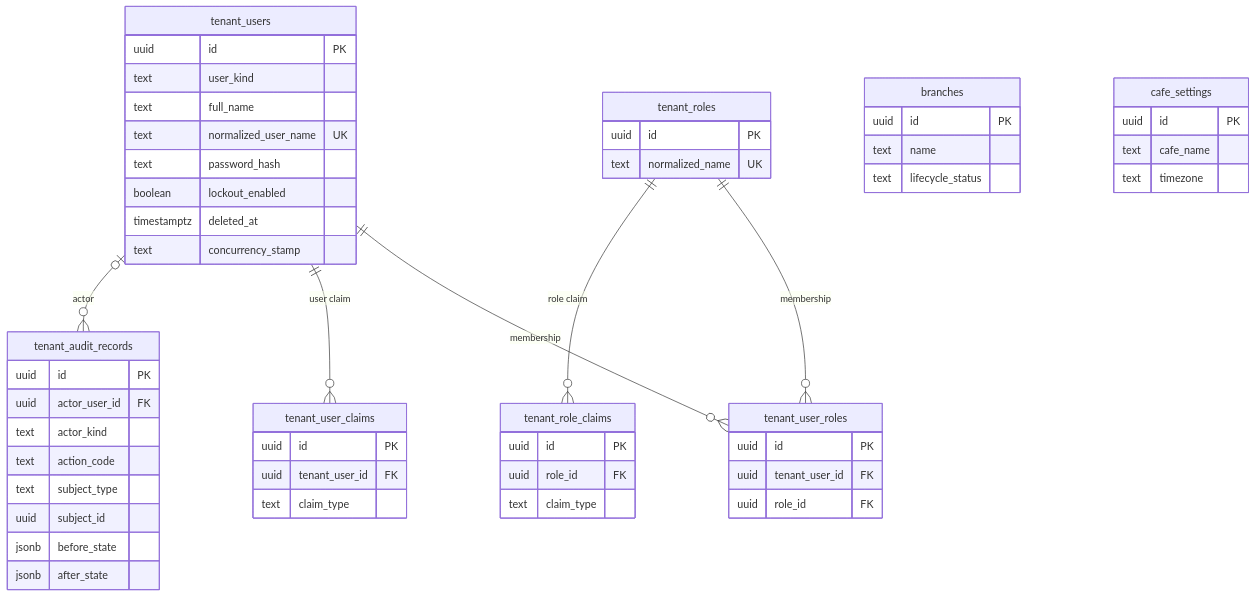
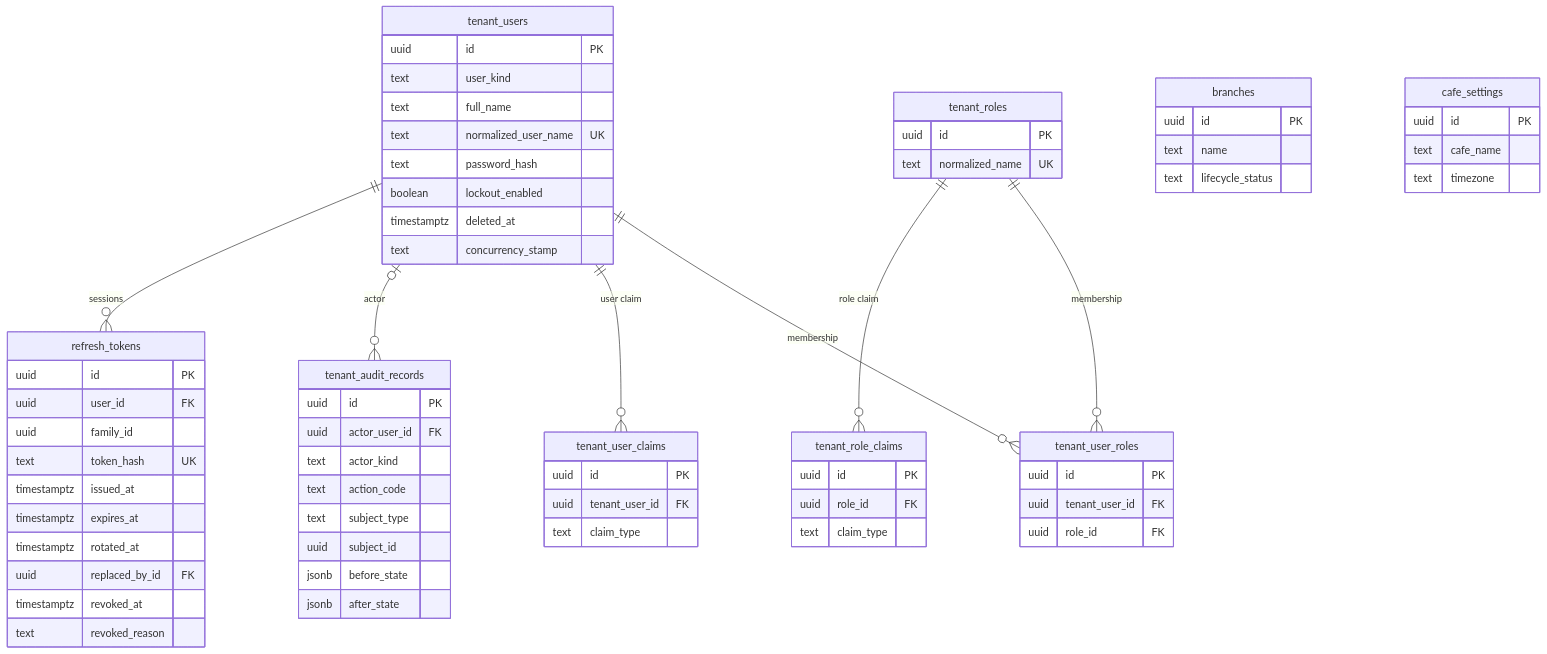
The diagram in architecture/erd-tenant.md (Cafe-Sass/CafeHub-Backend), drawn with Mermaid before and after one commit. The commit also changed other lines of this file, not shown here.

First line of the commit message:
docs(architecture): add refresh tokens to tenant erd

````diff
--- a/architecture/erd-tenant.md
+++ b/architecture/erd-tenant.md
@@ -9,57 +11,70 @@
 ```mermaid
 erDiagram
     tenant_users {
         uuid id PK
         text user_kind
         text full_name
         text normalized_user_name UK
         text password_hash
         boolean lockout_enabled
         timestamptz deleted_at
         text concurrency_stamp
     }
     tenant_roles {
         uuid id PK
         text normalized_name UK
     }
     tenant_user_roles {
         uuid id PK
         uuid tenant_user_id FK
         uuid role_id FK
     }
     tenant_user_claims {
         uuid id PK
         uuid tenant_user_id FK
         text claim_type
     }
     tenant_role_claims {
         uuid id PK
         uuid role_id FK
         text claim_type
     }
     branches {
         uuid id PK
         text name
         text lifecycle_status
     }
     cafe_settings {
         uuid id PK
         text cafe_name
         text timezone
     }
     tenant_audit_records {
         uuid id PK
         uuid actor_user_id FK
         text actor_kind
         text action_code
         text subject_type
         uuid subject_id
         jsonb before_state
         jsonb after_state
     }
+    refresh_tokens {
+        uuid id PK
+        uuid user_id FK
+        uuid family_id
+        text token_hash UK
+        timestamptz issued_at
+        timestamptz expires_at
+        timestamptz rotated_at
+        uuid replaced_by_id FK
+        timestamptz revoked_at
+        text revoked_reason
+    }
     tenant_users ||--o{ tenant_user_roles : "membership"
     tenant_roles ||--o{ tenant_user_roles : "membership"
     tenant_users ||--o{ tenant_user_claims : "user claim"
     tenant_roles ||--o{ tenant_role_claims : "role claim"
     tenant_users |o--o{ tenant_audit_records : "actor"
+    tenant_users ||--o{ refresh_tokens : "sessions"
 ```
````
